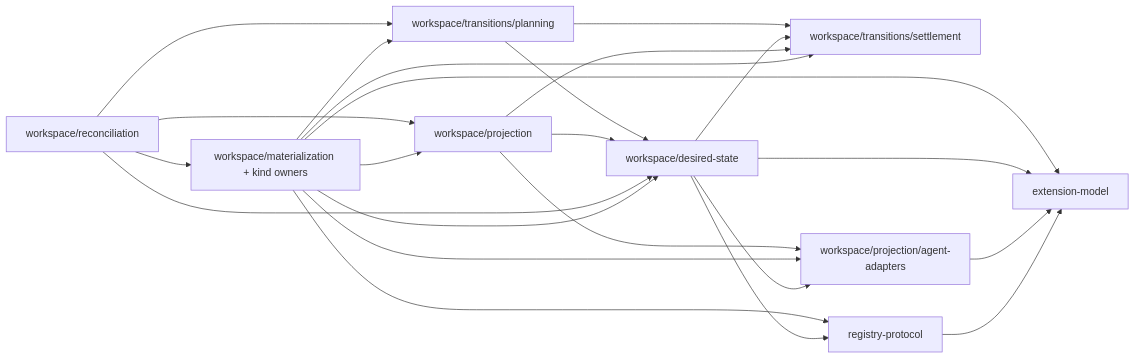
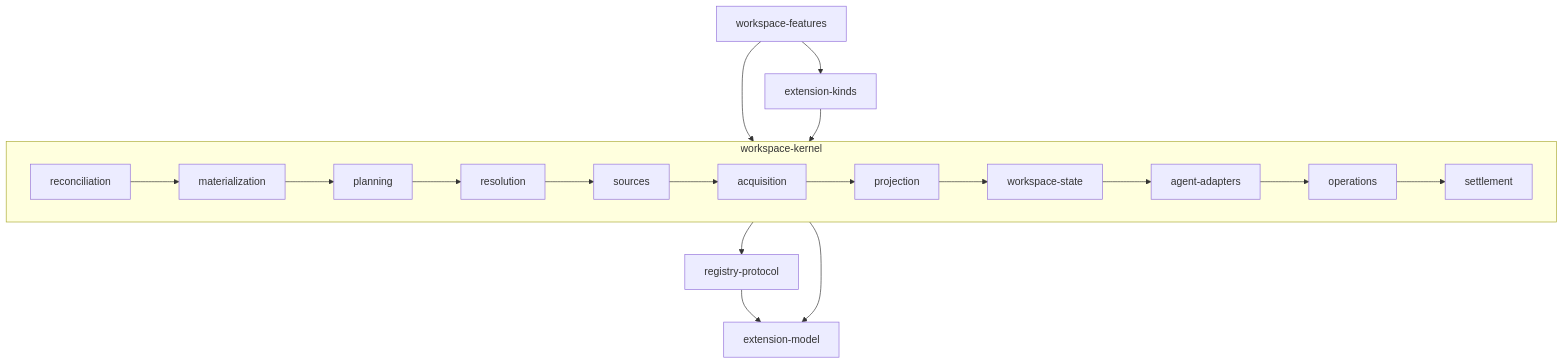
Before and after one commit to agentxm/axm: the diagram in docs/architecture/package-architecture.md, drawn with Mermaid. The commit also changed other lines of this file and 13 other files, not shown here.

````diff
--- a/docs/architecture/package-architecture.md
+++ b/docs/architecture/package-architecture.md
@@ -277,25 +317,21 @@
 ```mermaid
-flowchart LR
-  OPERATIONS["workspace/transitions/planning"] --> STATE["workspace/desired-state"]
-  OPERATIONS --> TRANSACTIONS["workspace/transitions/settlement"]
-  STATE --> TRANSACTIONS
-  PROJECTION["workspace/projection"] --> STATE
-  PROJECTION --> TRANSACTIONS
-  PROJECTION --> AGENT_ADAPTERS["workspace/projection/agent-adapters"]
-  RECONCILIATION["workspace/reconciliation"] --> MATERIALIZATION["workspace/materialization + kind owners"]
-  RECONCILIATION --> OPERATIONS
-  RECONCILIATION --> STATE
-  RECONCILIATION --> PROJECTION
-  MATERIALIZATION --> PROJECTION
-  MATERIALIZATION --> OPERATIONS
-  MATERIALIZATION --> STATE
-  MATERIALIZATION --> TRANSACTIONS
-  MATERIALIZATION --> AGENT_ADAPTERS
-  MATERIALIZATION --> PROTOCOL["registry-protocol"]
-  MATERIALIZATION --> MODEL["extension-model"]
-  STATE --> AGENT_ADAPTERS
-  STATE --> PROTOCOL
-  STATE --> MODEL
-  AGENT_ADAPTERS --> MODEL
+flowchart TB
+  FEATURES["workspace-features"] --> KINDS["extension-kinds"]
+  FEATURES --> KERNEL
+  KINDS --> KERNEL
+  subgraph KERNEL["workspace-kernel"]
+    RECONCILIATION["reconciliation"] --> MATERIALIZATION["materialization"]
+    MATERIALIZATION --> PLANNING["planning"]
+    PLANNING --> RESOLUTION["resolution"]
+    RESOLUTION --> SOURCES["sources"]
+    SOURCES --> ACQUISITION["acquisition"]
+    ACQUISITION --> PROJECTION["projection"]
+    PROJECTION --> STATE["workspace-state"]
+    STATE --> AGENT_ADAPTERS["agent-adapters"]
+    AGENT_ADAPTERS --> OPERATIONS["operations"]
+    OPERATIONS --> SETTLEMENT["settlement"]
+  end
+  KERNEL --> PROTOCOL["registry-protocol"]
+  KERNEL --> MODEL["extension-model"]
   PROTOCOL --> MODEL
 ```
````
